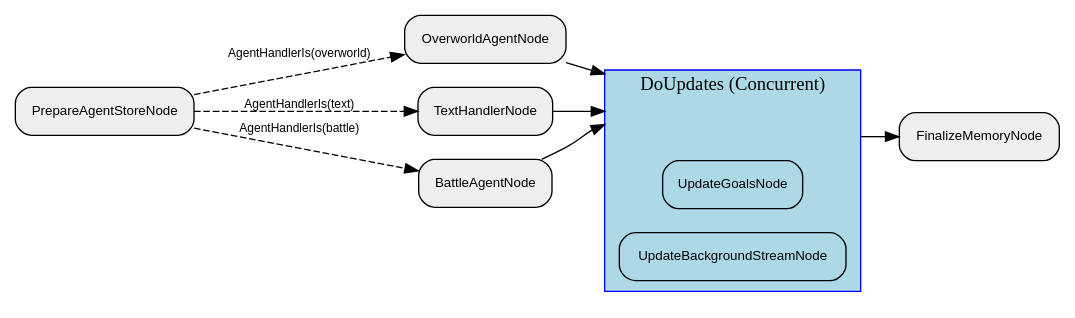
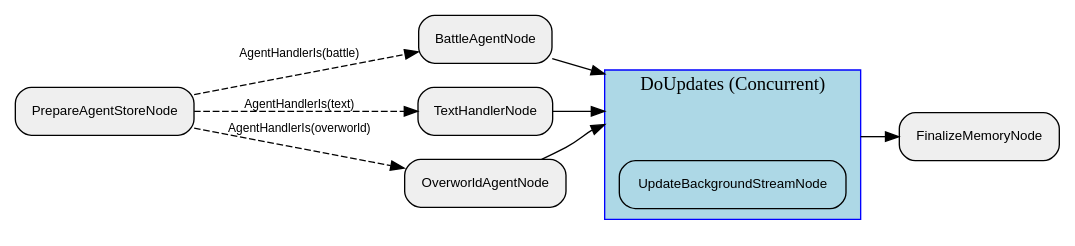
One commit to clambro/ai-plays-pokemon changed the diagram in visualization/agent_graph/Graph.dot. Above: the diagram before and after it, drawn with Graphviz. The commit also changed 22 other files, not shown here.

First line of the commit message:
Move goal management into overworld agent

```diff
--- a/visualization/agent_graph/Graph.dot
+++ b/visualization/agent_graph/Graph.dot
@@ -1,29 +1,27 @@
 digraph "G" {
   rankdir=LR;
   compound=true;
   node [shape=box, style="rounded,filled", fillcolor="#EFEFEF", fontname="Helvetica", fontsize=10];
   edge [fontname="Helvetica", fontsize=9];
-  subgraph "cluster_EBMINl28wcsFjYqtcwsTw" {
+  subgraph "cluster_ri0qSM21yvzR25hUkkhGd" {
     label="DoUpdates (Concurrent)";
     style="filled"; fillcolor="lightblue"; color="blue";
     node [fillcolor="lightblue", style="filled,rounded"];
-    "EBMINl28wcsFjYqtcwsTw__entry" [label="", shape=point, width=0.01, style=invis];
-    "EBMINl28wcsFjYqtcwsTw__exit"  [label="", shape=point, width=0.01, style=invis];
-    "3Bk9Mu7C37rnCyAWb4a7A" [label="UpdateGoalsNode"];
-    uqeFjNTKfzETajd6GJebe [label="UpdateBackgroundStreamNode"];
+    "ri0qSM21yvzR25hUkkhGd__entry" [label="", shape=point, width=0.01, style=invis];
+    "ri0qSM21yvzR25hUkkhGd__exit"  [label="", shape=point, width=0.01, style=invis];
+    "0sIttTuNuawDVPxqcEt94" [label="UpdateBackgroundStreamNode"];
   }
-  lCmUOiLAdUr0rNhJ0sqKT [label="OverworldAgentNode"];
-  "3Bk9Mu7C37rnCyAWb4a7A" [label="UpdateGoalsNode"];
-  NhVAVohcwsO7f3eqTsHCY [label="FinalizeMemoryNode"];
-  uqeFjNTKfzETajd6GJebe [label="UpdateBackgroundStreamNode"];
-  zTFdiq7Pos0t6KFOES5SS [label="TextHandlerNode"];
-  "3xT1kzI3iiRTxR75mLp8z" [label="BattleAgentNode"];
-  L8DfUTak3TVlXZizpNcud [label="PrepareAgentStoreNode"];
-  L8DfUTak3TVlXZizpNcud -> lCmUOiLAdUr0rNhJ0sqKT [style="dashed", label="AgentHandlerIs(overworld)"];
-  L8DfUTak3TVlXZizpNcud -> "3xT1kzI3iiRTxR75mLp8z" [style="dashed", label="AgentHandlerIs(battle)"];
-  L8DfUTak3TVlXZizpNcud -> zTFdiq7Pos0t6KFOES5SS [style="dashed", label="AgentHandlerIs(text)"];
-  zTFdiq7Pos0t6KFOES5SS -> EBMINl28wcsFjYqtcwsTw__entry [lhead="cluster_EBMINl28wcsFjYqtcwsTw", style="solid"];
-  "3xT1kzI3iiRTxR75mLp8z" -> EBMINl28wcsFjYqtcwsTw__entry [lhead="cluster_EBMINl28wcsFjYqtcwsTw", style="solid"];
-  lCmUOiLAdUr0rNhJ0sqKT -> EBMINl28wcsFjYqtcwsTw__entry [lhead="cluster_EBMINl28wcsFjYqtcwsTw", style="solid"];
-  EBMINl28wcsFjYqtcwsTw__exit -> NhVAVohcwsO7f3eqTsHCY [ltail="cluster_EBMINl28wcsFjYqtcwsTw", style="solid"];
+  EBc3jzNS20Plp2qRxk1Ug [label="FinalizeMemoryNode"];
+  "0sIttTuNuawDVPxqcEt94" [label="UpdateBackgroundStreamNode"];
+  GXuuz6CfqNvq3xtspZgLd [label="BattleAgentNode"];
+  M9HgUponvtZ0vsJhdWhxV [label="TextHandlerNode"];
+  zoOuA6fHni9Cumptuzwmc [label="OverworldAgentNode"];
+  Xb1br1DCIXmqv68DjniIZ [label="PrepareAgentStoreNode"];
+  Xb1br1DCIXmqv68DjniIZ -> zoOuA6fHni9Cumptuzwmc [style="dashed", label="AgentHandlerIs(overworld)"];
+  Xb1br1DCIXmqv68DjniIZ -> GXuuz6CfqNvq3xtspZgLd [style="dashed", label="AgentHandlerIs(battle)"];
+  Xb1br1DCIXmqv68DjniIZ -> M9HgUponvtZ0vsJhdWhxV [style="dashed", label="AgentHandlerIs(text)"];
+  M9HgUponvtZ0vsJhdWhxV -> ri0qSM21yvzR25hUkkhGd__entry [lhead="cluster_ri0qSM21yvzR25hUkkhGd", style="solid"];
+  GXuuz6CfqNvq3xtspZgLd -> ri0qSM21yvzR25hUkkhGd__entry [lhead="cluster_ri0qSM21yvzR25hUkkhGd", style="solid"];
+  zoOuA6fHni9Cumptuzwmc -> ri0qSM21yvzR25hUkkhGd__entry [lhead="cluster_ri0qSM21yvzR25hUkkhGd", style="solid"];
+  ri0qSM21yvzR25hUkkhGd__exit -> EBc3jzNS20Plp2qRxk1Ug [ltail="cluster_ri0qSM21yvzR25hUkkhGd", style="solid"];
 }
```
